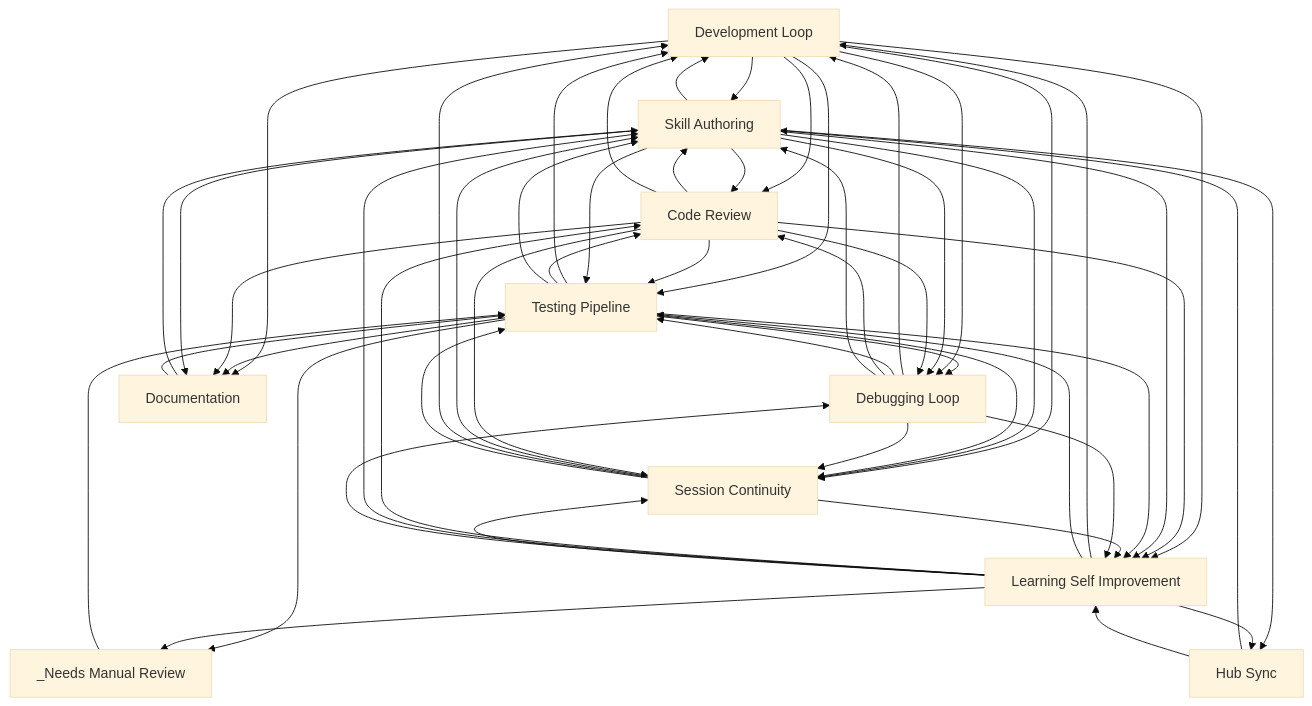
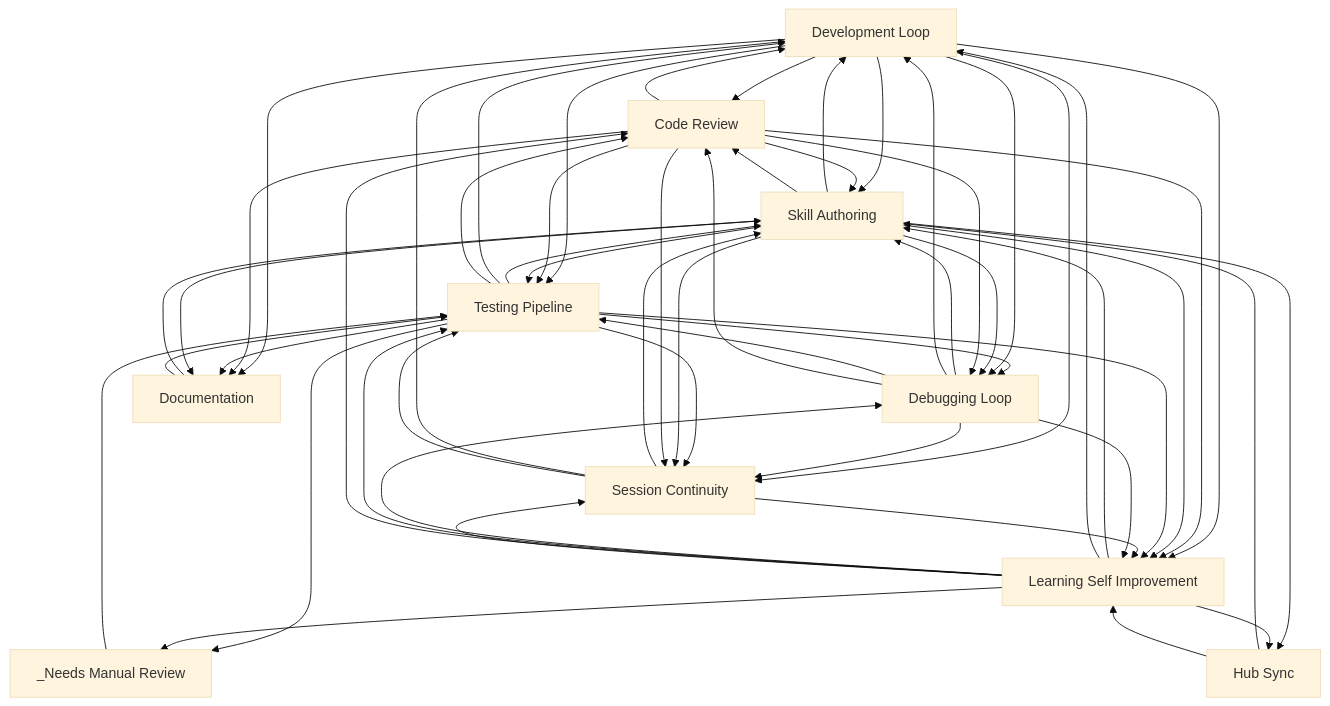
Before and after one commit to abhayla/claude-best-practices: the diagram in docs/workflows/INDEX.md, drawn with Mermaid (base theme). The commit also changed other lines of this file and 13 other files, not shown here.

````diff
--- a/docs/workflows/INDEX.md
+++ b/docs/workflows/INDEX.md
@@ -22,66 +22,66 @@
 ```mermaid
 graph TD
     development_loop[Development Loop]
     testing_pipeline[Testing Pipeline]
     debugging_loop[Debugging Loop]
     learning_self_improvement[Learning Self Improvement]
     session_continuity[Session Continuity]
     skill_authoring[Skill Authoring]
     code_review[Code Review]
     documentation[Documentation]
     hub_sync[Hub Sync]
     _needs_manual_review[_Needs Manual Review]
     documentation --> skill_authoring
     documentation --> testing_pipeline
+    development_loop --> code_review
     development_loop --> skill_authoring
-    development_loop --> code_review
+    code_review --> development_loop
     code_review --> skill_authoring
-    code_review --> development_loop
     development_loop --> testing_pipeline
     development_loop --> learning_self_improvement
     code_review --> testing_pipeline
     code_review --> learning_self_improvement
+    testing_pipeline --> skill_authoring
     testing_pipeline --> development_loop
+    testing_pipeline --> debugging_loop
     testing_pipeline --> code_review
-    testing_pipeline --> skill_authoring
-    testing_pipeline --> debugging_loop
+    debugging_loop --> skill_authoring
     debugging_loop --> development_loop
     debugging_loop --> testing_pipeline
     debugging_loop --> code_review
-    debugging_loop --> skill_authoring
     development_loop --> debugging_loop
     skill_authoring --> development_loop
     skill_authoring --> code_review
     skill_authoring --> testing_pipeline
     skill_authoring --> learning_self_improvement
     development_loop --> documentation
+    code_review --> documentation
     testing_pipeline --> documentation
-    code_review --> documentation
     development_loop --> session_continuity
     testing_pipeline --> _needs_manual_review
+    debugging_loop --> session_continuity
+    testing_pipeline --> session_continuity
     skill_authoring --> session_continuity
-    testing_pipeline --> session_continuity
-    debugging_loop --> session_continuity
     skill_authoring --> debugging_loop
+    learning_self_improvement --> skill_authoring
     learning_self_improvement --> development_loop
+    learning_self_improvement --> debugging_loop
     learning_self_improvement --> testing_pipeline
     learning_self_improvement --> code_review
-    learning_self_improvement --> skill_authoring
-    learning_self_improvement --> debugging_loop
     code_review --> debugging_loop
     testing_pipeline --> learning_self_improvement
+    code_review --> session_continuity
     learning_self_improvement --> session_continuity
-    code_review --> session_continuity
     session_continuity --> skill_authoring
     session_continuity --> learning_self_improvement
     session_continuity --> development_loop
     session_continuity --> testing_pipeline
     _needs_manual_review --> testing_pipeline
     skill_authoring --> hub_sync
     debugging_loop --> learning_self_improvement
     learning_self_improvement --> hub_sync
     learning_self_improvement --> _needs_manual_review
     hub_sync --> skill_authoring
     hub_sync --> learning_self_improvement
     skill_authoring --> documentation
 ```
````
